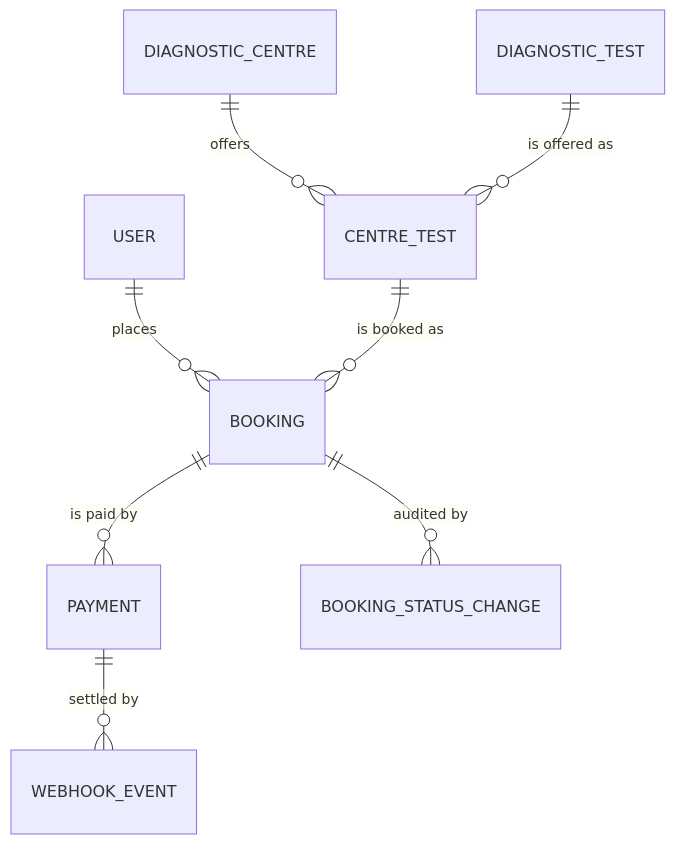
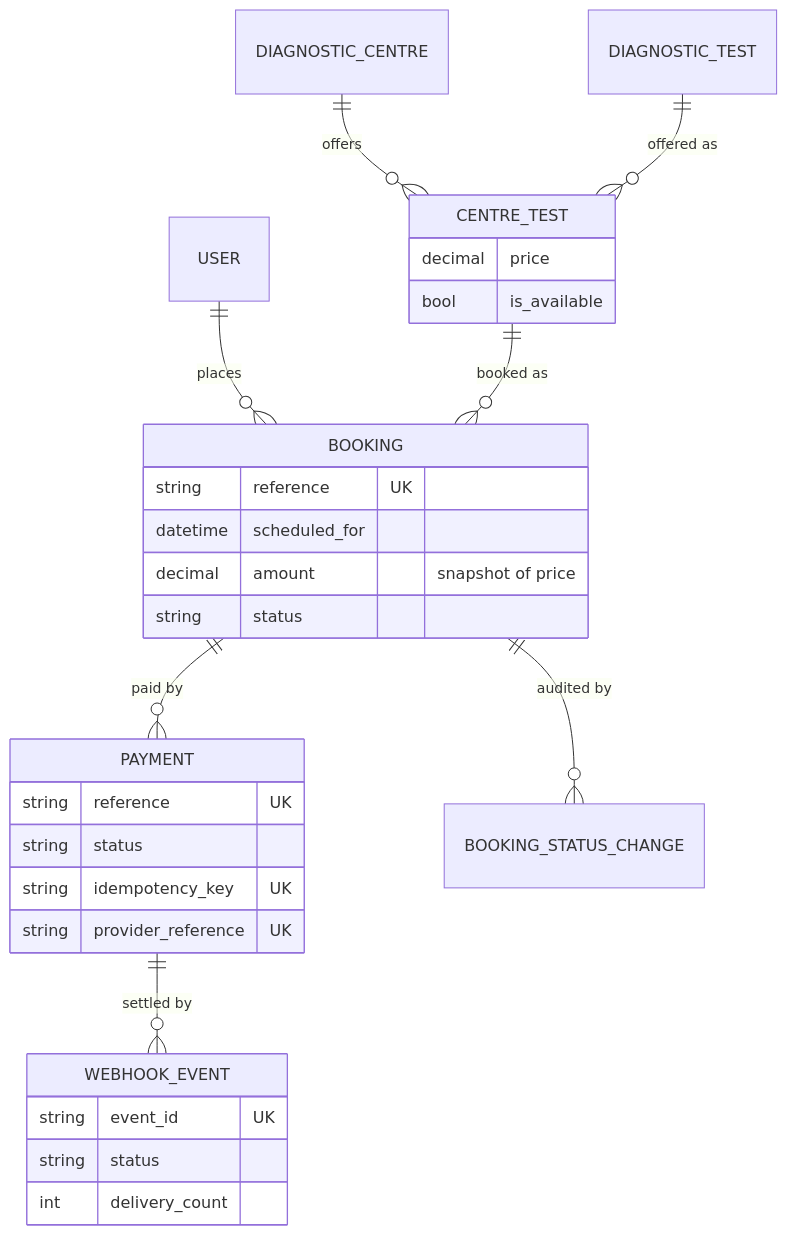
Before and after one commit to BlackBeanEagles/evehealthcare: the fifth of 6 diagrams in README.md, drawn with Mermaid. The commit also changed other lines of this file, not shown here.

First line of the commit message:
docs: restructure the README around the brief, add an architecture section

````diff
--- a/README.md
+++ b/README.md
@@ -314,10 +372,32 @@
 ```mermaid
 erDiagram
     USER ||--o{ BOOKING : places
     DIAGNOSTIC_CENTRE ||--o{ CENTRE_TEST : offers
-    DIAGNOSTIC_TEST   ||--o{ CENTRE_TEST : "is offered as"
-    CENTRE_TEST ||--o{ BOOKING : "is booked as"
-    BOOKING ||--o{ PAYMENT : "is paid by"
+    DIAGNOSTIC_TEST ||--o{ CENTRE_TEST : "offered as"
+    CENTRE_TEST ||--o{ BOOKING : "booked as"
+    BOOKING ||--o{ PAYMENT : "paid by"
     BOOKING ||--o{ BOOKING_STATUS_CHANGE : "audited by"
     PAYMENT ||--o{ WEBHOOK_EVENT : "settled by"
+
+    CENTRE_TEST {
+        decimal price
+        bool is_available
+    }
+    BOOKING {
+        string reference UK
+        datetime scheduled_for
+        decimal amount "snapshot of price"
+        string status
+    }
+    PAYMENT {
+        string reference UK
+        string status
+        string idempotency_key UK
+        string provider_reference UK
+    }
+    WEBHOOK_EVENT {
+        string event_id UK
+        string status
+        int delivery_count
+    }
 ```
````
